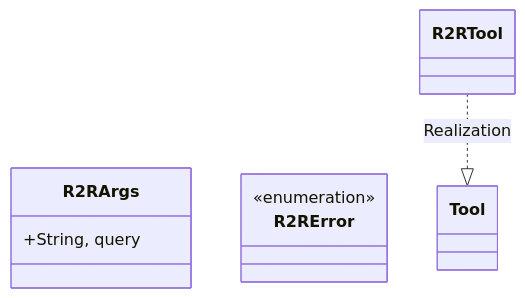
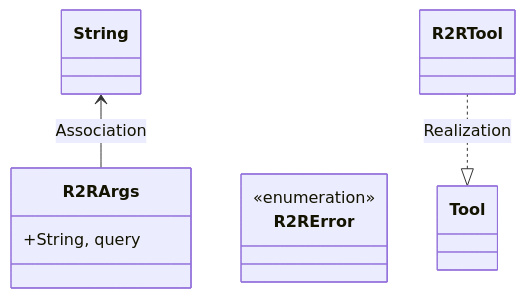
Before and after one commit to lgcorzo/fastapi-autogen-team: the first of 2 diagrams in openwiki/src/infrastructure/tools/r2r.md, drawn with Mermaid. The commit also changed other lines of this file and 22 other files, not shown here.

````diff
--- a/openwiki/src/infrastructure/tools/r2r.md
+++ b/openwiki/src/infrastructure/tools/r2r.md
@@ -26,11 +26,12 @@
 ```mermaid
 classDiagram
     direction BT
     class R2RArgs {
         +String, query
     }
     class R2RError {
         <<enumeration>>
     }
+    R2RArgs --> String : Association
     Tool <|.. R2RTool : Realization
 ```
````
